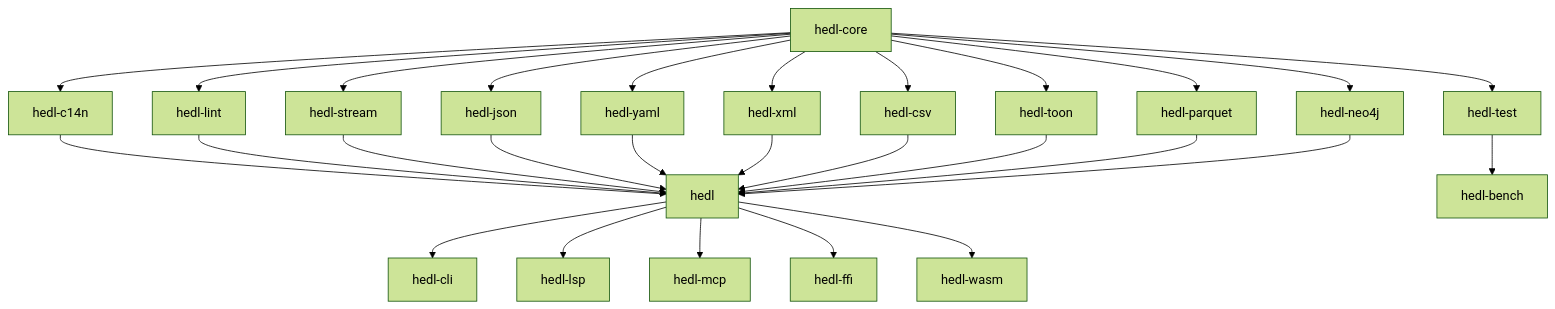
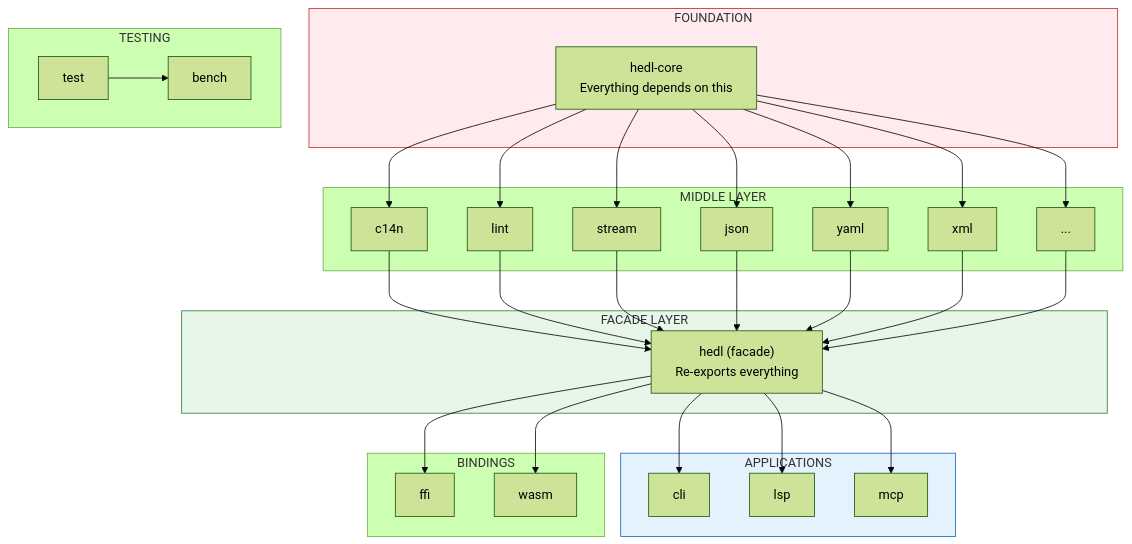
One commit to dweve-ai/hedl changed the second of 2 diagrams in docs/developer/module-guide.md. Above: the diagram before and after it, drawn with Mermaid (forest theme). The commit also changed other lines of this file and 945 other files, not shown here.

````diff
--- a/docs/developer/module-guide.md
+++ b/docs/developer/module-guide.md
@@ -1050,35 +1001,63 @@
 ```mermaid
-graph TD
-    CORE[hedl-core]
+flowchart TB
+    subgraph Core["FOUNDATION"]
+        CORE["hedl-core<br/>Everything depends on this"]
+    end
 
-    CORE --> C14N[hedl-c14n]
-    CORE --> LINT[hedl-lint]
-    CORE --> STREAM[hedl-stream]
-    CORE --> JSON[hedl-json]
-    CORE --> YAML[hedl-yaml]
-    CORE --> XML[hedl-xml]
-    CORE --> CSV[hedl-csv]
-    CORE --> TOON[hedl-toon]
-    CORE --> PARQUET[hedl-parquet]
-    CORE --> NEO4J[hedl-neo4j]
-    CORE --> TEST[hedl-test]
+    subgraph Mid["MIDDLE LAYER"]
+        C14N["c14n"]
+        LINT["lint"]
+        STREAM["stream"]
+        JSON["json"]
+        YAML["yaml"]
+        XML["xml"]
+        OTHER["..."]
+    end
 
-    C14N --> HEDL[hedl]
+    subgraph FacadeLayer["FACADE LAYER"]
+        HEDL["hedl (facade)<br/>Re-exports everything"]
+    end
+
+    subgraph Apps["APPLICATIONS"]
+        CLI["cli"]
+        LSP["lsp"]
+        MCP["mcp"]
+    end
+
+    subgraph BindingsLayer["BINDINGS"]
+        FFI["ffi"]
+        WASM["wasm"]
+    end
+
+    subgraph Testing["TESTING"]
+        TEST["test"]
+        BENCH["bench"]
+    end
+
+    CORE --> C14N
+    CORE --> LINT
+    CORE --> STREAM
+    CORE --> JSON
+    CORE --> YAML
+    CORE --> XML
+    CORE --> OTHER
+
+    C14N --> HEDL
     LINT --> HEDL
     STREAM --> HEDL
     JSON --> HEDL
     YAML --> HEDL
     XML --> HEDL
-    CSV --> HEDL
-    TOON --> HEDL
-    PARQUET --> HEDL
-    NEO4J --> HEDL
+    OTHER --> HEDL
 
-    HEDL --> CLI[hedl-cli]
-    HEDL --> LSP[hedl-lsp]
-    HEDL --> MCP[hedl-mcp]
-    HEDL --> FFI[hedl-ffi]
-    HEDL --> WASM[hedl-wasm]
+    HEDL --> CLI
+    HEDL --> LSP
+    HEDL --> MCP
+    HEDL --> FFI
+    HEDL --> WASM
+    TEST --> BENCH
 
-    TEST --> BENCH[hedl-bench]
+    style Core fill:#ffebee,stroke:#c62828
+    style FacadeLayer fill:#e8f5e9,stroke:#2e7d32
+    style Apps fill:#e3f2fd,stroke:#1565c0
 ```
````
